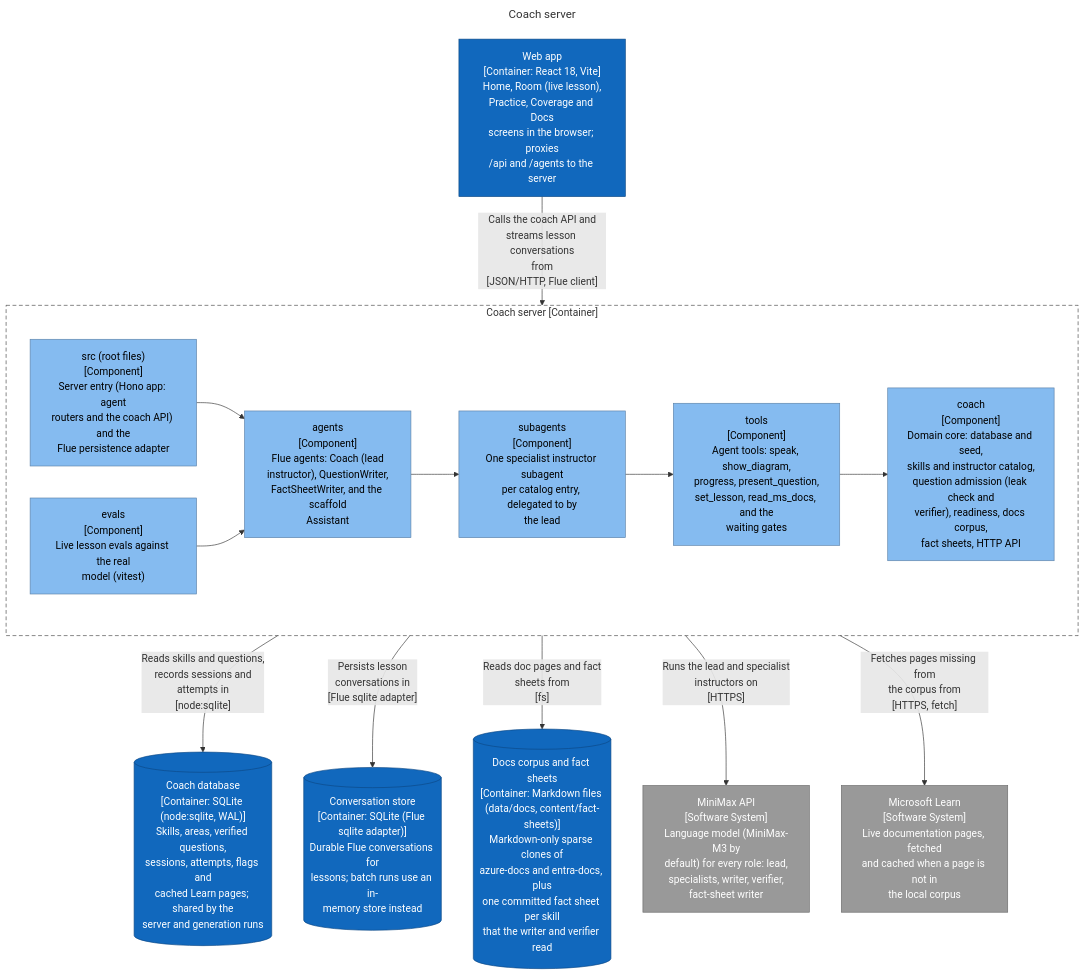
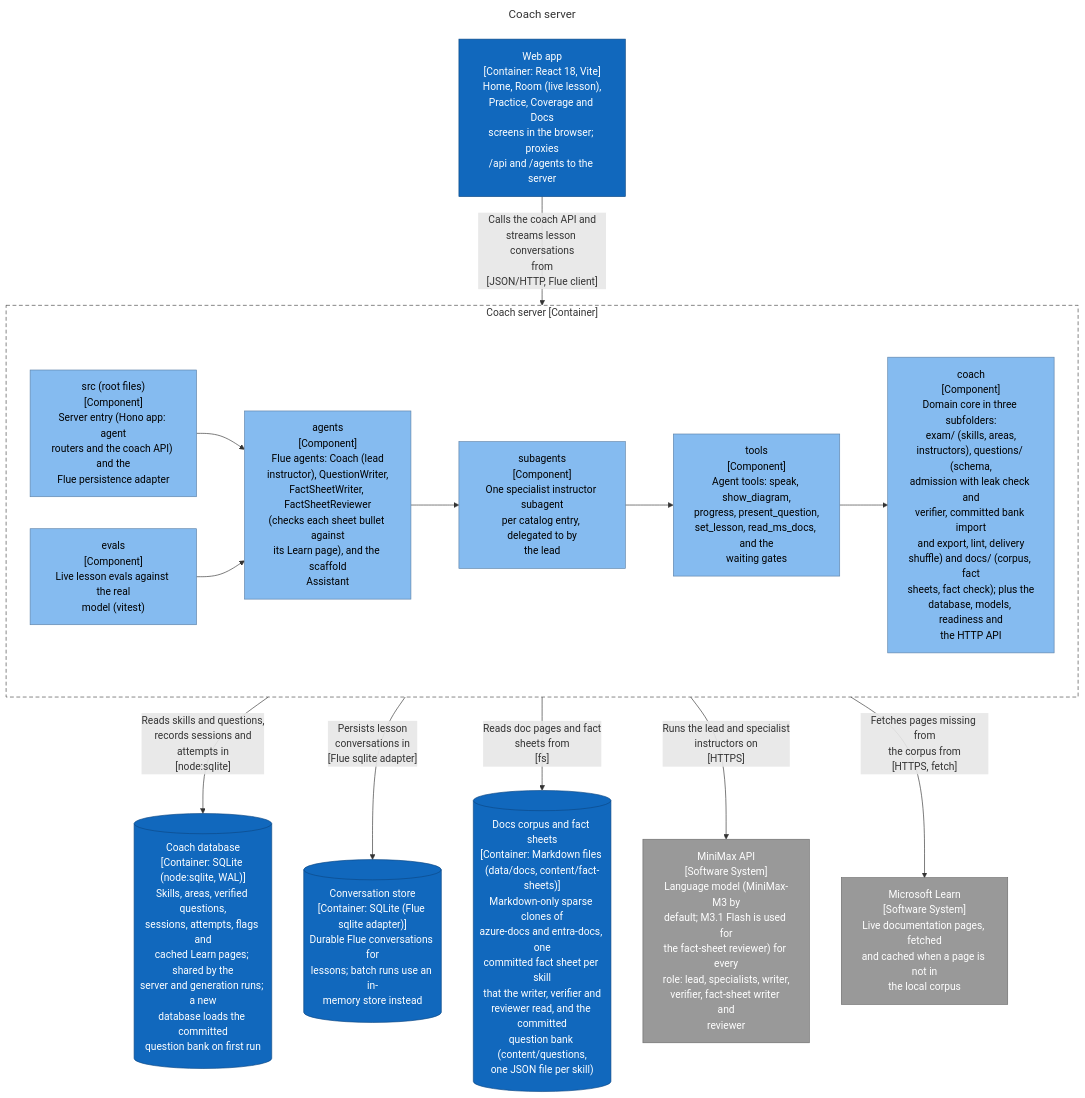
Before and after one commit to ythalorossy/study-coach: the third of 8 diagrams in architecture-docs/study-coach/ArchitectureReport.md, drawn with Mermaid. The commit also changed other lines of this file and 15 other files, not shown here.

Commit message:
docs: refresh the architecture report for the new folders, reviewer agent and question bank

````diff
--- a/architecture-docs/study-coach/ArchitectureReport.md
+++ b/architecture-docs/study-coach/ArchitectureReport.md
@@ -183,41 +184,41 @@
 ```mermaid
 ---
 title: "Coach server"
 ---
 flowchart TB
     subgraph boundary["Coach server [Container]"]
         src__files["src (root files)<br/>[Component]<br/>Server entry (Hono app: agent<br/>routers and the coach API) and the<br/>Flue persistence adapter"]
-        src_agents["agents<br/>[Component]<br/>Flue agents: Coach (lead<br/>instructor), QuestionWriter,<br/>FactSheetWriter, and the scaffold<br/>Assistant"]
-        src_coach["coach<br/>[Component]<br/>Domain core: database and seed,<br/>skills and instructor catalog,<br/>question admission (leak check and<br/>verifier), readiness, docs corpus,<br/>fact sheets, HTTP API"]
+        src_agents["agents<br/>[Component]<br/>Flue agents: Coach (lead<br/>instructor), QuestionWriter,<br/>FactSheetWriter, FactSheetReviewer<br/>(checks each sheet bullet against<br/>its Learn page), and the scaffold<br/>Assistant"]
+        src_coach["coach<br/>[Component]<br/>Domain core in three subfolders:<br/>exam/ (skills, areas,<br/>instructors), questions/ (schema,<br/>admission with leak check and<br/>verifier, committed bank import<br/>and export, lint, delivery<br/>shuffle) and docs/ (corpus, fact<br/>sheets, fact check); plus the<br/>database, models, readiness and<br/>the HTTP API"]
         src_evals["evals<br/>[Component]<br/>Live lesson evals against the real<br/>model (vitest)"]
         src_subagents["subagents<br/>[Component]<br/>One specialist instructor subagent<br/>per catalog entry, delegated to by<br/>the lead"]
         src_tools["tools<br/>[Component]<br/>Agent tools: speak, show_diagram,<br/>progress, present_question,<br/>set_lesson, read_ms_docs, and the<br/>waiting gates"]
     end
     src__files --> src_agents
     src_agents --> src_subagents
     src_evals --> src_agents
     src_subagents --> src_tools
     src_tools --> src_coach
     coach_web["Web app<br/>[Container: React 18, Vite]<br/>Home, Room (live lesson),<br/>Practice, Coverage and Docs<br/>screens in the browser; proxies<br/>/api and /agents to the server"]
     coach_web -->|"Calls the coach API and<br/>streams lesson conversations<br/>from<br/>[JSON/HTTP, Flue client]"| boundary
-    coach_db[("Coach database<br/>[Container: SQLite (node:sqlite, WAL)]<br/>Skills, areas, verified questions,<br/>sessions, attempts, flags and<br/>cached Learn pages; shared by the<br/>server and generation runs")]
+    coach_db[("Coach database<br/>[Container: SQLite (node:sqlite, WAL)]<br/>Skills, areas, verified questions,<br/>sessions, attempts, flags and<br/>cached Learn pages; shared by the<br/>server and generation runs; a new<br/>database loads the committed<br/>question bank on first run")]
     boundary -->|"Reads skills and questions,<br/>records sessions and<br/>attempts in<br/>[node:sqlite]"| coach_db
     flue_db[("Conversation store<br/>[Container: SQLite (Flue sqlite adapter)]<br/>Durable Flue conversations for<br/>lessons; batch runs use an in-<br/>memory store instead")]
     boundary -->|"Persists lesson<br/>conversations in<br/>[Flue sqlite adapter]"| flue_db
-    docs_corpus[("Docs corpus and fact sheets<br/>[Container: Markdown files (data/docs, content/fact-sheets)]<br/>Markdown-only sparse clones of<br/>azure-docs and entra-docs, plus<br/>one committed fact sheet per skill<br/>that the writer and verifier read")]
+    docs_corpus[("Docs corpus and fact sheets<br/>[Container: Markdown files (data/docs, content/fact-sheets)]<br/>Markdown-only sparse clones of<br/>azure-docs and entra-docs, one<br/>committed fact sheet per skill<br/>that the writer, verifier and<br/>reviewer read, and the committed<br/>question bank (content/questions,<br/>one JSON file per skill)")]
     boundary -->|"Reads doc pages and fact<br/>sheets from<br/>[fs]"| docs_corpus
-    ext_minimax["MiniMax API<br/>[Software System]<br/>Language model (MiniMax-M3 by<br/>default) for every role: lead,<br/>specialists, writer, verifier,<br/>fact-sheet writer"]
+    ext_minimax["MiniMax API<br/>[Software System]<br/>Language model (MiniMax-M3 by<br/>default; M3.1 Flash is used for<br/>the fact-sheet reviewer) for every<br/>role: lead, specialists, writer,<br/>verifier, fact-sheet writer and<br/>reviewer"]
     boundary -->|"Runs the lead and specialist<br/>instructors on<br/>[HTTPS]"| ext_minimax
     ext_learn["Microsoft Learn<br/>[Software System]<br/>Live documentation pages, fetched<br/>and cached when a page is not in<br/>the local corpus"]
     boundary -->|"Fetches pages missing from<br/>the corpus from<br/>[HTTPS, fetch]"| ext_learn
     classDef person fill:#08427b,stroke:#052e56,color:#ffffff
     classDef container fill:#1168bd,stroke:#0b4884,color:#ffffff
     classDef system fill:#1168bd,stroke:#0b4884,color:#ffffff
     classDef component fill:#85bbf0,stroke:#5d82a8,color:#000000
     classDef external fill:#999999,stroke:#6b6b6b,color:#ffffff
     classDef shared fill:#dbe9f6,stroke:#5d82a8,color:#000000,stroke-dasharray:4 3
     class src__files,src_agents,src_coach,src_evals,src_subagents,src_tools component
     class coach_web,coach_db,flue_db,docs_corpus container
     class ext_minimax,ext_learn external
     style boundary fill:none,stroke:#444444,stroke-dasharray:6 4
 ```
````
